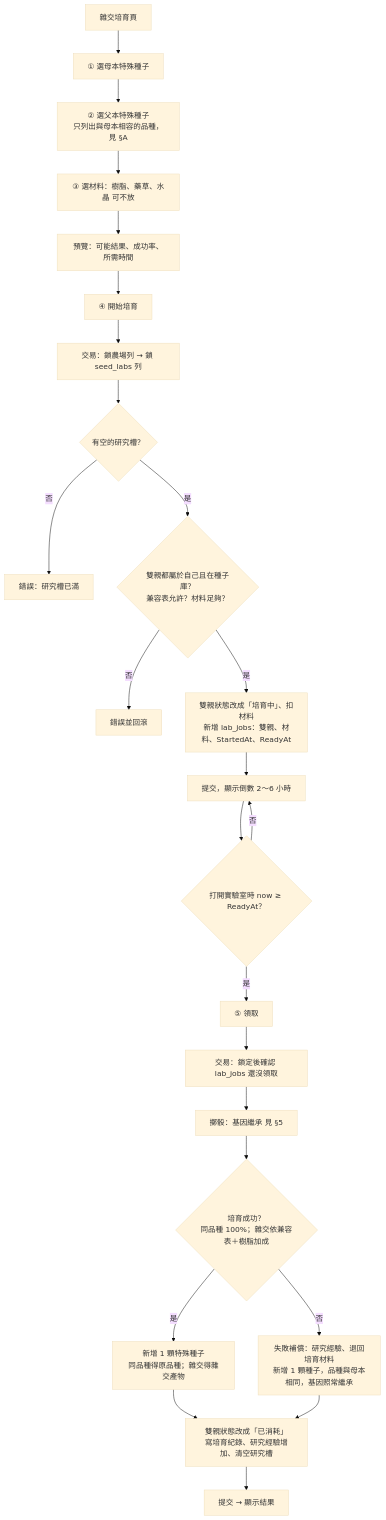
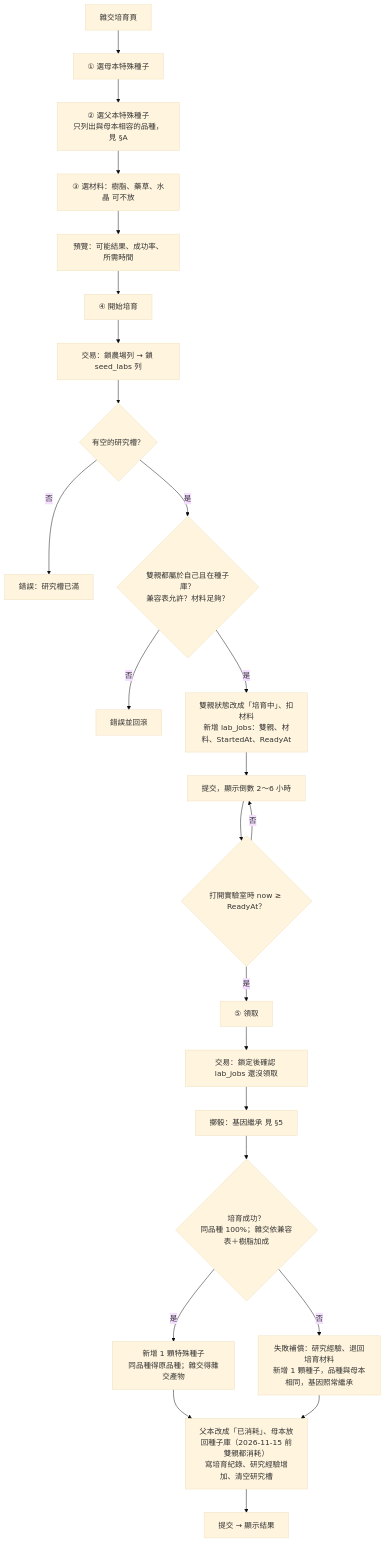
The fourth of 9 diagrams in 種子實驗室流程圖.md (kurumicute/farmgo), drawn with Mermaid (base theme) before and after one commit. The commit also changed other lines of this file and 14 other files, not shown here.

````diff
--- a/種子實驗室流程圖.md
+++ b/種子實驗室流程圖.md
@@ -149,26 +150,26 @@
 ```mermaid
 flowchart TD
     A[雜交培育頁] --> B[① 選母本特殊種子]
     B --> C[② 選父本特殊種子<br/>只列出與母本相容的品種，見 §A]
     C --> D[③ 選材料：樹脂、藥草、水晶 可不放]
     D --> E[預覽：可能結果、成功率、所需時間]
     E --> F[④ 開始培育]
     F --> T[交易：鎖農場列 → 鎖 seed_labs 列]
     T --> V1{有空的研究槽？}
     V1 -- 否 --> X1[錯誤：研究槽已滿]
     V1 -- 是 --> V2{雙親都屬於自己且在種子庫？<br/>兼容表允許？材料足夠？}
     V2 -- 否 --> X2[錯誤並回滾]
     V2 -- 是 --> W[雙親狀態改成「培育中」、扣材料<br/>新增 lab_jobs：雙親、材料、StartedAt、ReadyAt]
     W --> R[提交，顯示倒數 2～6 小時]
     R --> Q{打開實驗室時 now ≥ ReadyAt？}
     Q -- 否 --> R
     Q -- 是 --> G[⑤ 領取]
     G --> T2[交易：鎖定後確認 lab_jobs 還沒領取]
     T2 --> H[擲骰：基因繼承 見 §5]
     H --> I{培育成功？<br/>同品種 100%；雜交依兼容表＋樹脂加成}
     I -- 是 --> J[新增 1 顆特殊種子<br/>同品種得原品種；雜交得雜交產物]
     I -- 否 --> K[失敗補償：研究經驗、退回培育材料<br/>新增 1 顆種子，品種與母本相同，基因照常繼承]
-    J --> L[雙親狀態改成「已消耗」<br/>寫培育紀錄、研究經驗增加、清空研究槽]
+    J --> L[父本改成「已消耗」、母本放回種子庫（2026-11-15 前雙親都消耗）<br/>寫培育紀錄、研究經驗增加、清空研究槽]
     K --> L
     L --> M[提交 → 顯示結果]
 ```
````
